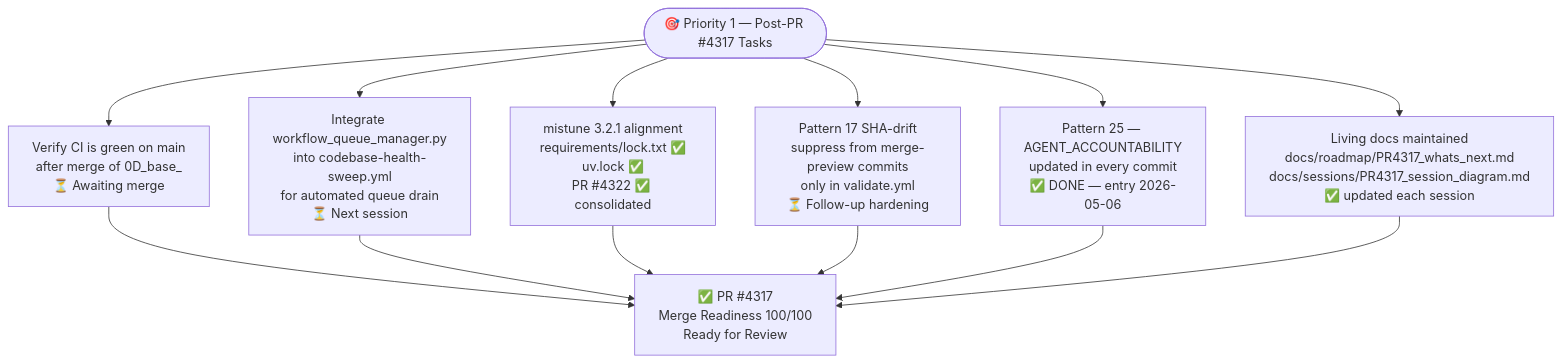
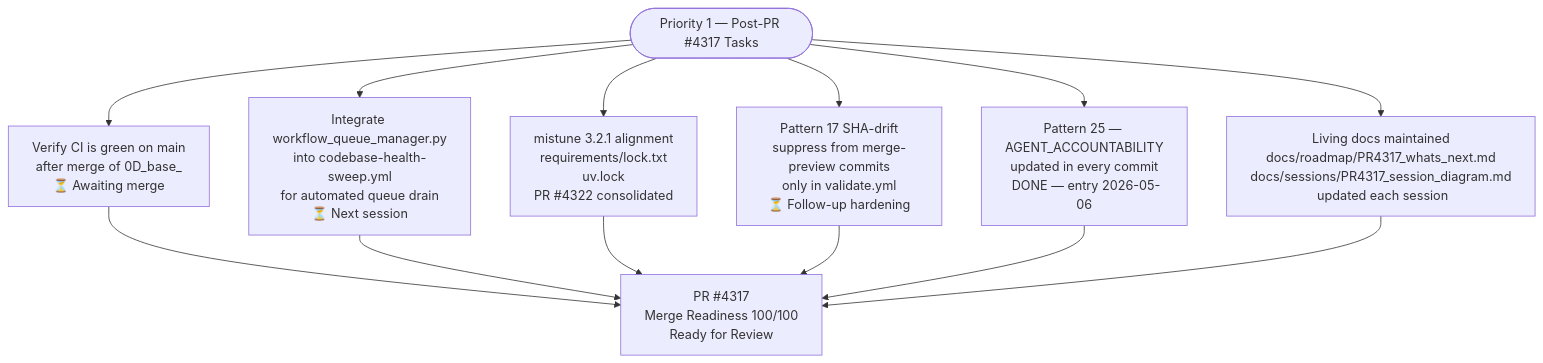
Before and after one commit to Aries-Serpent/_codex_: the sixth of 16 diagrams in docs/roadmap/PR4317_whats_next.md, drawn with Mermaid. The commit also changed other lines of this file and 2029 other files, not shown here.

````diff
--- a/docs/roadmap/PR4317_whats_next.md
+++ b/docs/roadmap/PR4317_whats_next.md
@@ -414,14 +416,14 @@
 ```mermaid
-%%{init: {'accessibility': {'title': 'Flowchart showing "🎯 Priority 1 — Post-PR #4317 Tasks", "Verify CI is green on main\nafter merge of 0D_base_\n⏳ Awaiting merge"'}}%%
+%%{init: {'accessibility': {'title': 'Flowchart showing " Priority 1 — Post-PR #4317 Tasks", "Verify CI is green on main\nafter merge of 0D_base_\n⏳ Awaiting merge"'}}%%
 flowchart TD
-    P1(["🎯 Priority 1 — Post-PR #4317 Tasks"])
+    P1([" Priority 1 — Post-PR #4317 Tasks"])
 
     P1 --> VERIFY["Verify CI is green on main\nafter merge of 0D_base_\n⏳ Awaiting merge"]
     P1 --> WQM["Integrate workflow_queue_manager.py\ninto codebase-health-sweep.yml\nfor automated queue drain\n⏳ Next session"]
-    P1 --> MISTUNE["mistune 3.2.1 alignment\nrequirements/lock.txt ✅\nuv.lock ✅\nPR #4322 ✅ consolidated"]
+    P1 --> MISTUNE["mistune 3.2.1 alignment\nrequirements/lock.txt \nuv.lock \nPR #4322  consolidated"]
     P1 --> PAT17["Pattern 17 SHA-drift\nsuppress from merge-preview commits\nonly in validate.yml\n⏳ Follow-up hardening"]
-    P1 --> P25["Pattern 25 — AGENT_ACCOUNTABILITY\nupdated in every commit\n✅ DONE — entry 2026-05-06"]
-    P1 --> DOCS["Living docs maintained\ndocs/roadmap/PR4317_whats_next.md\ndocs/sessions/PR4317_session_diagram.md\n✅ updated each session"]
+    P1 --> P25["Pattern 25 — AGENT_ACCOUNTABILITY\nupdated in every commit\n DONE — entry 2026-05-06"]
+    P1 --> DOCS["Living docs maintained\ndocs/roadmap/PR4317_whats_next.md\ndocs/sessions/PR4317_session_diagram.md\n updated each session"]
 
-    VERIFY & WQM & MISTUNE & PAT17 & P25 & DOCS --> MERGE_READY["✅ PR #4317\nMerge Readiness 100/100\nReady for Review"]
+    VERIFY & WQM & MISTUNE & PAT17 & P25 & DOCS --> MERGE_READY[" PR #4317\nMerge Readiness 100/100\nReady for Review"]
 ```
````
